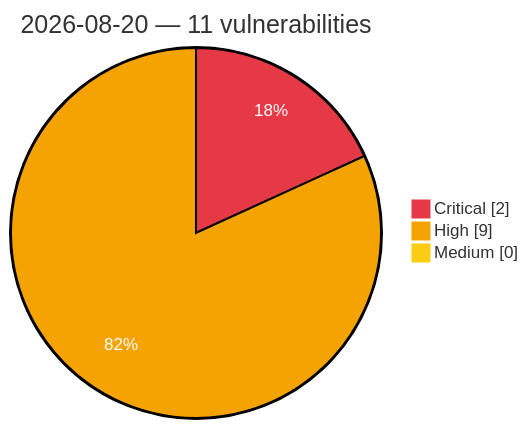
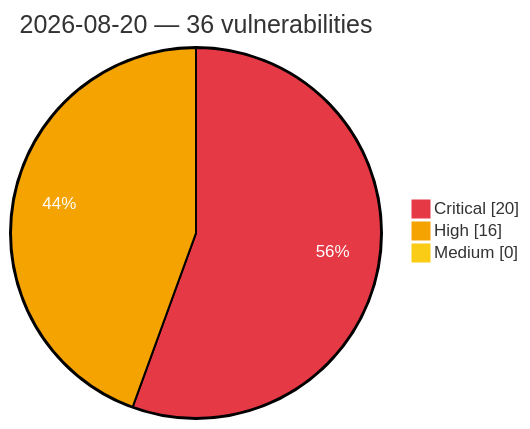
One commit to GhostX0X/vuln-tracker changed the diagram in vulnerabilities/2026/August/2026-08-20.md. Above: the diagram before and after it, drawn with Mermaid. The commit also changed other lines of this file and 5 other files, not shown here.

Commit message:
Auto update: critical/high vulns (2026-08-20 12:42 UTC)

````diff
--- a/vulnerabilities/2026/August/2026-08-20.md
+++ b/vulnerabilities/2026/August/2026-08-20.md
@@ -3,8 +3,8 @@
 ```mermaid
 %%{init: {'theme':'base', 'themeVariables': {'pie1':'#e63946', 'pie2':'#f4a300', 'pie3':'#facc15', 'pieOpacity':'1', 'pieOuterStrokeWidth':'2px', 'pieSectionTextColor':'#ffffff'}}}%%
 pie showData
-    title 2026-08-20 — 11 vulnerabilities
-    "Critical" : 2
-    "High" : 9
+    title 2026-08-20 — 36 vulnerabilities
+    "Critical" : 20
+    "High" : 16
     "Medium" : 0
 ```
````
